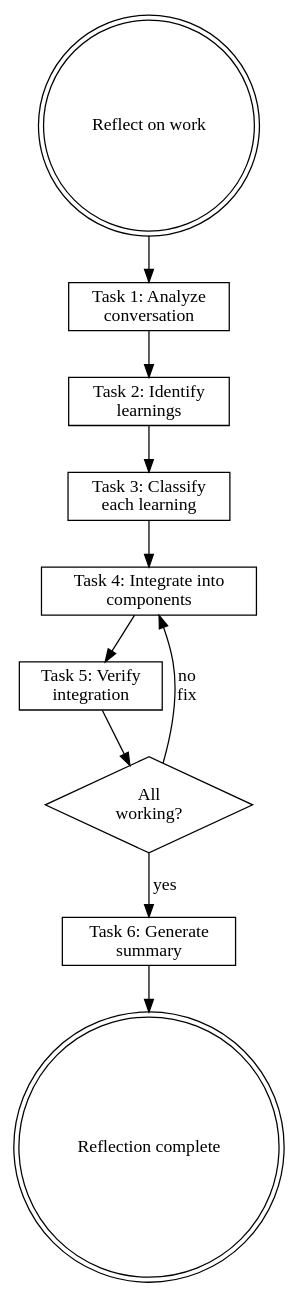
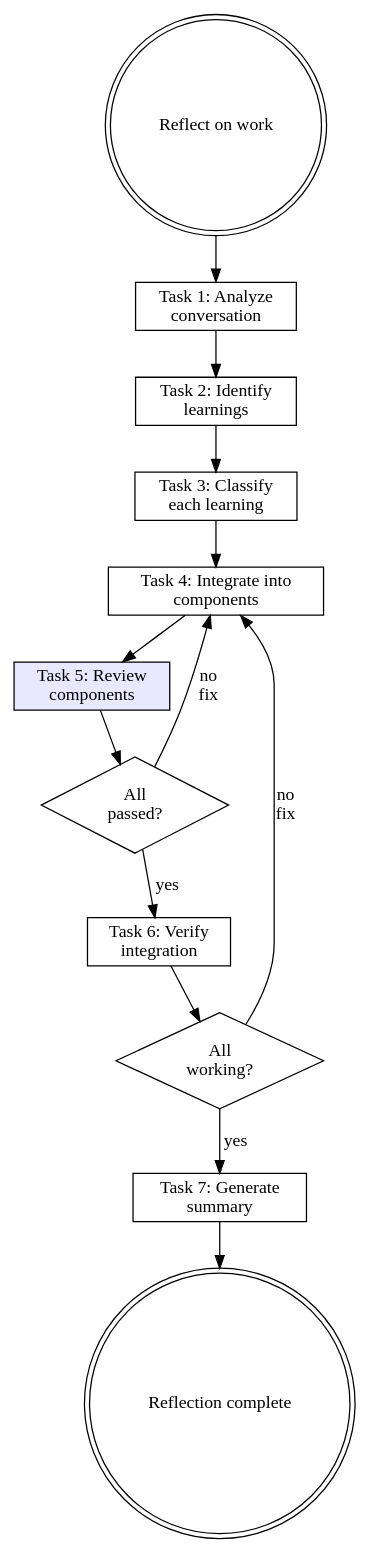
One commit to wayne930242/Reflexive-Claude-Code changed the diagram in plugins/rcc/skills/reflecting/SKILL.md. Above: the diagram before and after it, drawn with Graphviz. The commit also changed other lines of this file and 13 other files, not shown here.

````diff
--- a/plugins/rcc/skills/reflecting/SKILL.md
+++ b/plugins/rcc/skills/reflecting/SKILL.md
@@ -221,25 +246,30 @@
 ```dot
 digraph reflecting {
     rankdir=TB;
 
     start [label="Reflect on work", shape=doublecircle];
     analyze [label="Task 1: Analyze\nconversation", shape=box];
     identify [label="Task 2: Identify\nlearnings", shape=box];
     classify [label="Task 3: Classify\neach learning", shape=box];
     integrate [label="Task 4: Integrate into\ncomponents", shape=box];
-    verify [label="Task 5: Verify\nintegration", shape=box];
+    review [label="Task 5: Review\ncomponents", shape=box, style=filled, fillcolor="#e8e8ff"];
+    review_pass [label="All\npassed?", shape=diamond];
+    verify [label="Task 6: Verify\nintegration", shape=box];
     works [label="All\nworking?", shape=diamond];
-    summary [label="Task 6: Generate\nsummary", shape=box];
+    summary [label="Task 7: Generate\nsummary", shape=box];
     done [label="Reflection complete", shape=doublecircle];
 
     start -> analyze;
     analyze -> identify;
     identify -> classify;
     classify -> integrate;
-    integrate -> verify;
+    integrate -> review;
+    review -> review_pass;
+    review_pass -> verify [label="yes"];
+    review_pass -> integrate [label="no\nfix"];
     verify -> works;
     works -> summary [label="yes"];
     works -> integrate [label="no\nfix"];
     summary -> done;
 }
 ```
````
